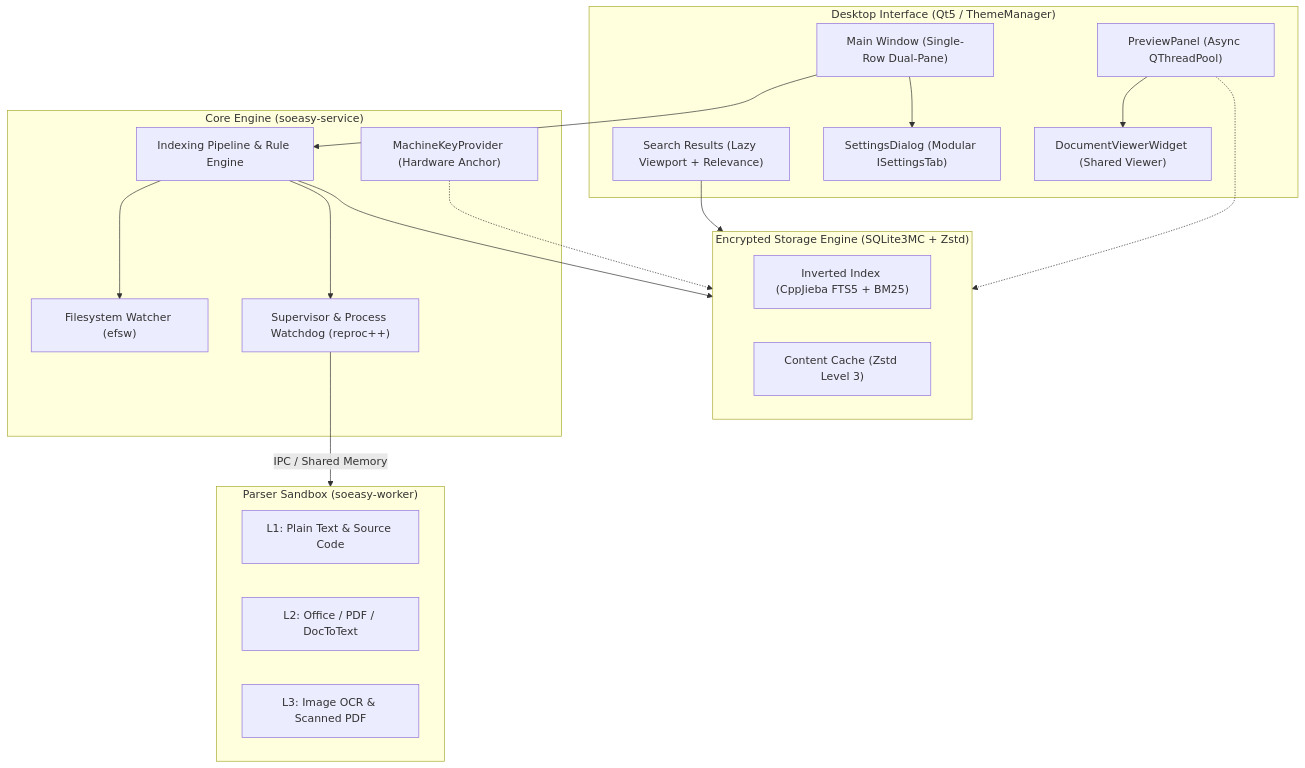
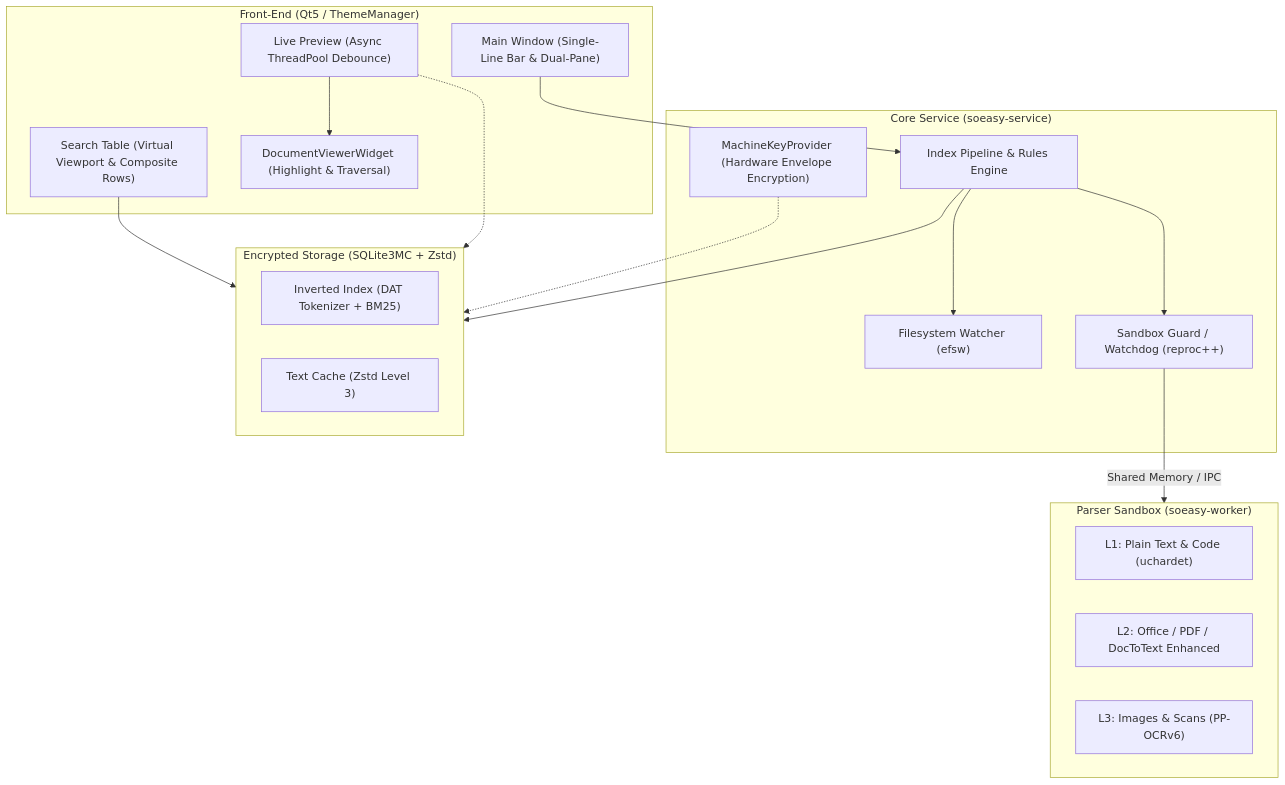
One commit to lilucpp/soeasy changed the diagram in README.md. Above: the diagram before and after it, drawn with Mermaid. The commit also changed other lines of this file and 8 other files, not shown here.

````diff
--- a/README.md
+++ b/README.md
@@ -50,39 +35,37 @@
 ```mermaid
 flowchart TD
-    subgraph UI ["Desktop Interface (Qt5 / ThemeManager)"]
-        MainWindow["Main Window (Single-Row Dual-Pane)"]
-        ResultView["Search Results (Lazy Viewport + Relevance)"]
-        PreviewPanel["PreviewPanel (Async QThreadPool)"]
-        DocViewer["DocumentViewerWidget (Shared Viewer)"]
-        SettingsDialog["SettingsDialog (Modular ISettingsTab)"]
+    subgraph UI ["Front-End (Qt5 / ThemeManager)"]
+        MainWindow["Main Window (Single-Line Bar & Dual-Pane)"]
+        ResultView["Search Table (Virtual Viewport & Composite Rows)"]
+        PreviewPanel["Live Preview (Async ThreadPool Debounce)"]
+        DocViewer["DocumentViewerWidget (Highlight & Traversal)"]
     end
 
-    subgraph Core ["Core Engine (soeasy-service)"]
-        IndexPipeline["Indexing Pipeline & Rule Engine"]
+    subgraph Core ["Core Service (soeasy-service)"]
+        IndexPipeline["Index Pipeline & Rules Engine"]
         WatchEngine["Filesystem Watcher (efsw)"]
-        WorkerGuard["Supervisor & Process Watchdog (reproc++)"]
-        MachineKey["MachineKeyProvider (Hardware Anchor)"]
+        WorkerGuard["Sandbox Guard / Watchdog (reproc++)"]
+        MachineKey["MachineKeyProvider (Hardware Envelope Encryption)"]
     end
 
     subgraph Sandbox ["Parser Sandbox (soeasy-worker)"]
-        L1["L1: Plain Text & Source Code"]
-        L2["L2: Office / PDF / DocToText"]
-        L3["L3: Image OCR & Scanned PDF"]
+        L1["L1: Plain Text & Code (uchardet)"]
+        L2["L2: Office / PDF / DocToText Enhanced"]
+        L3["L3: Images & Scans (PP-OCRv6)"]
     end
 
-    subgraph Storage ["Encrypted Storage Engine (SQLite3MC + Zstd)"]
-        FTS5["Inverted Index (CppJieba FTS5 + BM25)"]
-        CompressedCache["Content Cache (Zstd Level 3)"]
+    subgraph Storage ["Encrypted Storage (SQLite3MC + Zstd)"]
+        FTS5["Inverted Index (DAT Tokenizer + BM25)"]
+        CompressedCache["Text Cache (Zstd Level 3)"]
     end
 
     MainWindow --> IndexPipeline
-    MainWindow --> SettingsDialog
     PreviewPanel --> DocViewer
     IndexPipeline --> WatchEngine
     IndexPipeline --> WorkerGuard
-    WorkerGuard -- IPC / Shared Memory --> Sandbox
+    WorkerGuard -- Shared Memory / IPC --> Sandbox
     MachineKey -.-> Storage
     IndexPipeline --> Storage
     ResultView --> Storage
     PreviewPanel -.-> Storage
 ```
````
